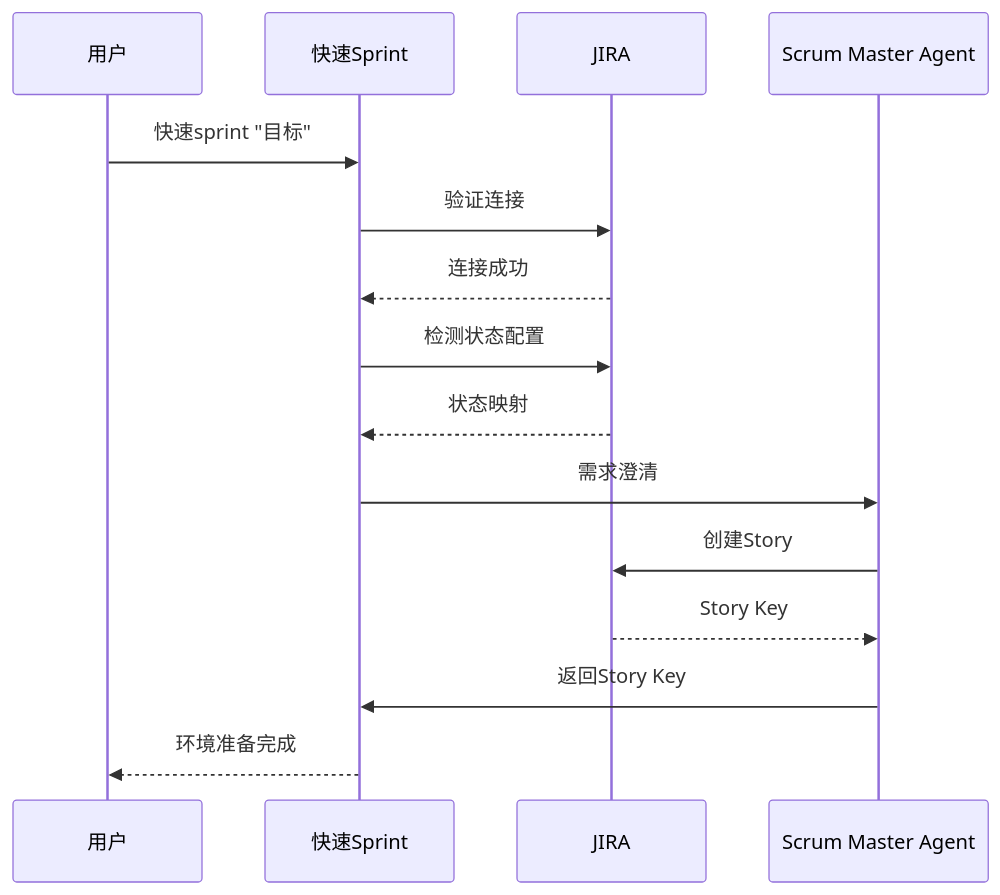
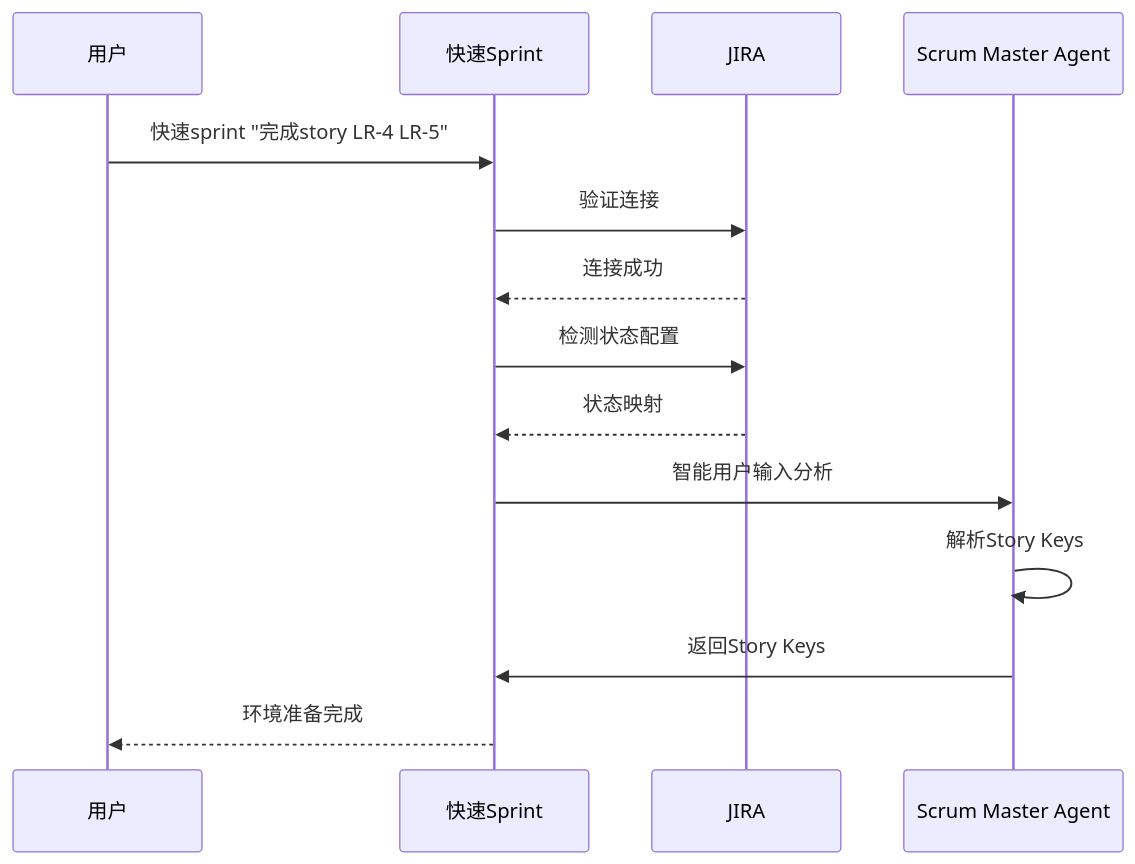
One commit to ouyangshixiong/context-engineering-zh changed the second of 11 diagrams in plugins/agile-marketplace/sprint-plugin/commands/快速sprint.md. Above: the diagram before and after it, drawn with Mermaid. The commit also changed other lines of this file and 7 other files, not shown here.

````diff
--- a/plugins/agile-marketplace/sprint-plugin/commands/快速sprint.md
+++ b/plugins/agile-marketplace/sprint-plugin/commands/快速sprint.md
@@ -75,18 +69,17 @@
 ```mermaid
 sequenceDiagram
     participant U as 用户
     participant C as 快速Sprint
     participant J as JIRA
     participant SM as Scrum Master Agent
 
-    U->>C: 快速sprint "目标"
+    U->>C: 快速sprint "完成story LR-4 LR-5"
     C->>J: 验证连接
     J-->>C: 连接成功
     C->>J: 检测状态配置
     J-->>C: 状态映射
-    C->>SM: 需求澄清
-    SM->>J: 创建Story
-    J-->>SM: Story Key
-    SM->>C: 返回Story Key
+    C->>SM: 智能用户输入分析
+    SM->>SM: 解析Story Keys
+    SM->>C: 返回Story Keys
     C-->>U: 环境准备完成
 ```
````
